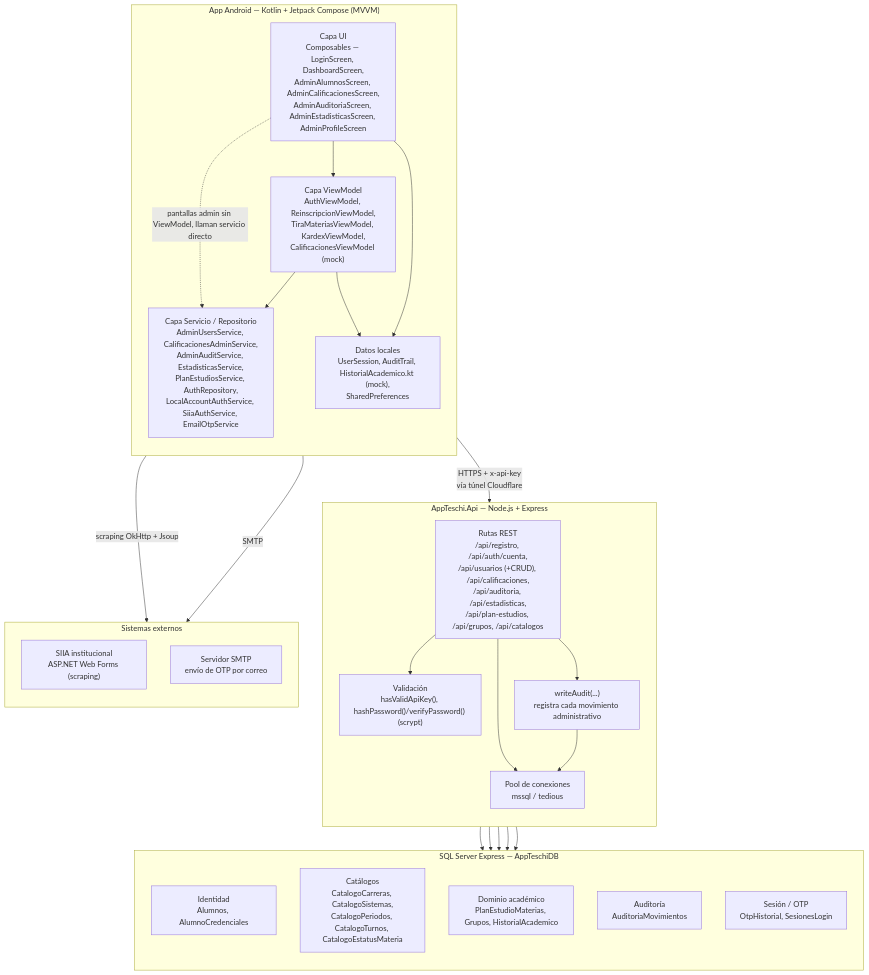
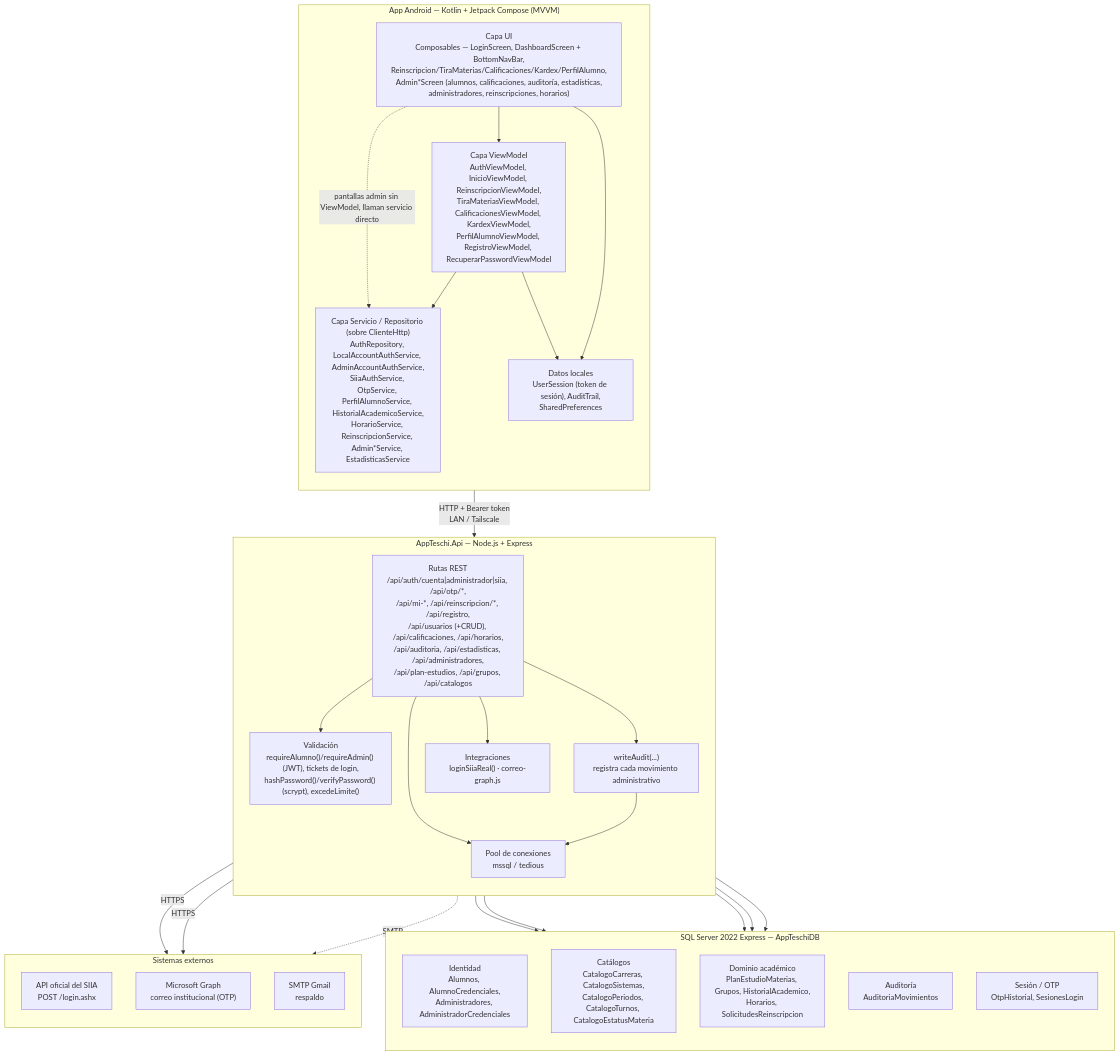
Before and after one commit to KevinSV-asv/App-Teschi: the diagram in Cerebro_AppEscolar/09_ANALISIS_Y_DISENO/04_Diagrama_Componentes.md, drawn with Mermaid. The commit also changed other lines of this file and 220 other files, not shown here.

First line of the commit message:
feat: app 2.4 directo al SIIA, con finales, kardex y seguridad de la cuenta

````diff
--- a/Cerebro_AppEscolar/09_ANALISIS_Y_DISENO/04_Diagrama_Componentes.md
+++ b/Cerebro_AppEscolar/09_ANALISIS_Y_DISENO/04_Diagrama_Componentes.md
@@ -6,51 +8,55 @@
 ```mermaid
 flowchart TB
     subgraph Android["App Android — Kotlin + Jetpack Compose (MVVM)"]
         direction TB
-        UI["Capa UI<br/>Composables — LoginScreen, DashboardScreen,<br/>AdminAlumnosScreen, AdminCalificacionesScreen,<br/>AdminAuditoriaScreen, AdminEstadisticasScreen, AdminProfileScreen"]
-        VM["Capa ViewModel<br/>AuthViewModel, ReinscripcionViewModel,<br/>TiraMateriasViewModel, KardexViewModel,<br/>CalificacionesViewModel (mock)"]
-        SVC["Capa Servicio / Repositorio<br/>AdminUsersService, CalificacionesAdminService,<br/>AdminAuditService, EstadisticasService,<br/>PlanEstudiosService, AuthRepository,<br/>LocalAccountAuthService, SiiaAuthService, EmailOtpService"]
-        LOCAL["Datos locales<br/>UserSession, AuditTrail, HistorialAcademico.kt (mock),<br/>SharedPreferences"]
+        UI["Capa UI<br/>Composables — LoginScreen, DashboardScreen + BottomNavBar,<br/>Reinscripcion/TiraMaterias/Calificaciones/Kardex/PerfilAlumno,<br/>Admin*Screen (alumnos, calificaciones, auditoría, estadísticas,<br/>administradores, reinscripciones, horarios)"]
+        VM["Capa ViewModel<br/>AuthViewModel, InicioViewModel, ReinscripcionViewModel,<br/>TiraMateriasViewModel, CalificacionesViewModel, KardexViewModel,<br/>PerfilAlumnoViewModel, RegistroViewModel, RecuperarPasswordViewModel"]
+        SVC["Capa Servicio / Repositorio (sobre ClienteHttp)<br/>AuthRepository, LocalAccountAuthService, AdminAccountAuthService,<br/>SiiaAuthService, OtpService, PerfilAlumnoService, HistorialAcademicoService,<br/>HorarioService, ReinscripcionService, Admin*Service, EstadisticasService"]
+        LOCAL["Datos locales<br/>UserSession (token de sesión), AuditTrail,<br/>SharedPreferences"]
         UI --> VM
         UI -.->|pantallas admin sin ViewModel, llaman servicio directo| SVC
         VM --> SVC
         VM --> LOCAL
         UI --> LOCAL
     end
 
     subgraph Backend["AppTeschi.Api — Node.js + Express"]
         direction TB
-        ROUTES["Rutas REST<br/>/api/registro, /api/auth/cuenta,<br/>/api/usuarios (+CRUD), /api/calificaciones,<br/>/api/auditoria, /api/estadisticas,<br/>/api/plan-estudios, /api/grupos, /api/catalogos"]
-        AUTH["Validación<br/>hasValidApiKey(), hashPassword()/verifyPassword() (scrypt)"]
+        ROUTES["Rutas REST<br/>/api/auth/cuenta|administrador|siia, /api/otp/*,<br/>/api/mi-*, /api/reinscripcion/*, /api/registro,<br/>/api/usuarios (+CRUD), /api/calificaciones, /api/horarios,<br/>/api/auditoria, /api/estadisticas, /api/administradores,<br/>/api/plan-estudios, /api/grupos, /api/catalogos"]
+        AUTH["Validación<br/>requireAlumno()/requireAdmin() (JWT), tickets de login,<br/>hashPassword()/verifyPassword() (scrypt), excedeLimite()"]
+        EXT["Integraciones<br/>loginSiiaReal() · correo-graph.js"]
         AUDIT["writeAudit(...)<br/>registra cada movimiento administrativo"]
         POOL["Pool de conexiones<br/>mssql / tedious"]
         ROUTES --> AUTH
         ROUTES --> AUDIT
+        ROUTES --> EXT
         ROUTES --> POOL
         AUDIT --> POOL
     end
 
-    subgraph DB["SQL Server Express — AppTeschiDB"]
+    subgraph DB["SQL Server 2022 Express — AppTeschiDB"]
         direction TB
-        IDENT["Identidad<br/>Alumnos, AlumnoCredenciales"]
+        IDENT["Identidad<br/>Alumnos, AlumnoCredenciales,<br/>Administradores, AdministradorCredenciales"]
         CAT["Catálogos<br/>CatalogoCarreras, CatalogoSistemas,<br/>CatalogoPeriodos, CatalogoTurnos, CatalogoEstatusMateria"]
-        ACAD["Dominio académico<br/>PlanEstudioMaterias, Grupos, HistorialAcademico"]
+        ACAD["Dominio académico<br/>PlanEstudioMaterias, Grupos, HistorialAcademico,<br/>Horarios, SolicitudesReinscripcion"]
         AUD["Auditoría<br/>AuditoriaMovimientos"]
         SESSION["Sesión / OTP<br/>OtpHistorial, SesionesLogin"]
     end
 
     subgraph Externos["Sistemas externos"]
         direction TB
-        SIIA["SIIA institucional<br/>ASP.NET Web Forms (scraping)"]
-        SMTP["Servidor SMTP<br/>envío de OTP por correo"]
+        SIIA["API oficial del SIIA<br/>POST /login.ashx"]
+        GRAPH["Microsoft Graph<br/>correo institucional (OTP)"]
+        SMTP["SMTP Gmail<br/>respaldo"]
     end
 
-    SVC -->|HTTPS + x-api-key<br/>vía túnel Cloudflare| ROUTES
-    SVC -->|scraping OkHttp + Jsoup| SIIA
-    SVC -->|SMTP| SMTP
+    SVC -->|HTTP + Bearer token<br/>LAN / Tailscale| ROUTES
+    EXT -->|HTTPS| SIIA
+    EXT -->|HTTPS| GRAPH
+    EXT -.->|SMTP| SMTP
     POOL --> IDENT
     POOL --> CAT
     POOL --> ACAD
     POOL --> AUD
     POOL --> SESSION
 ```
````
